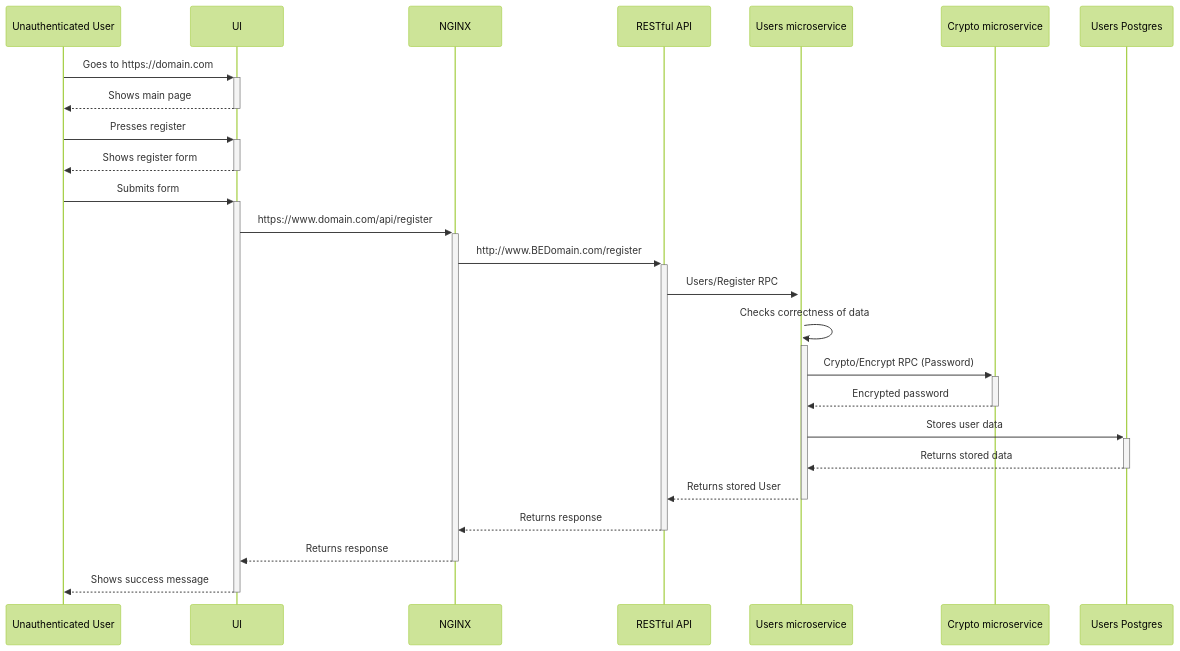
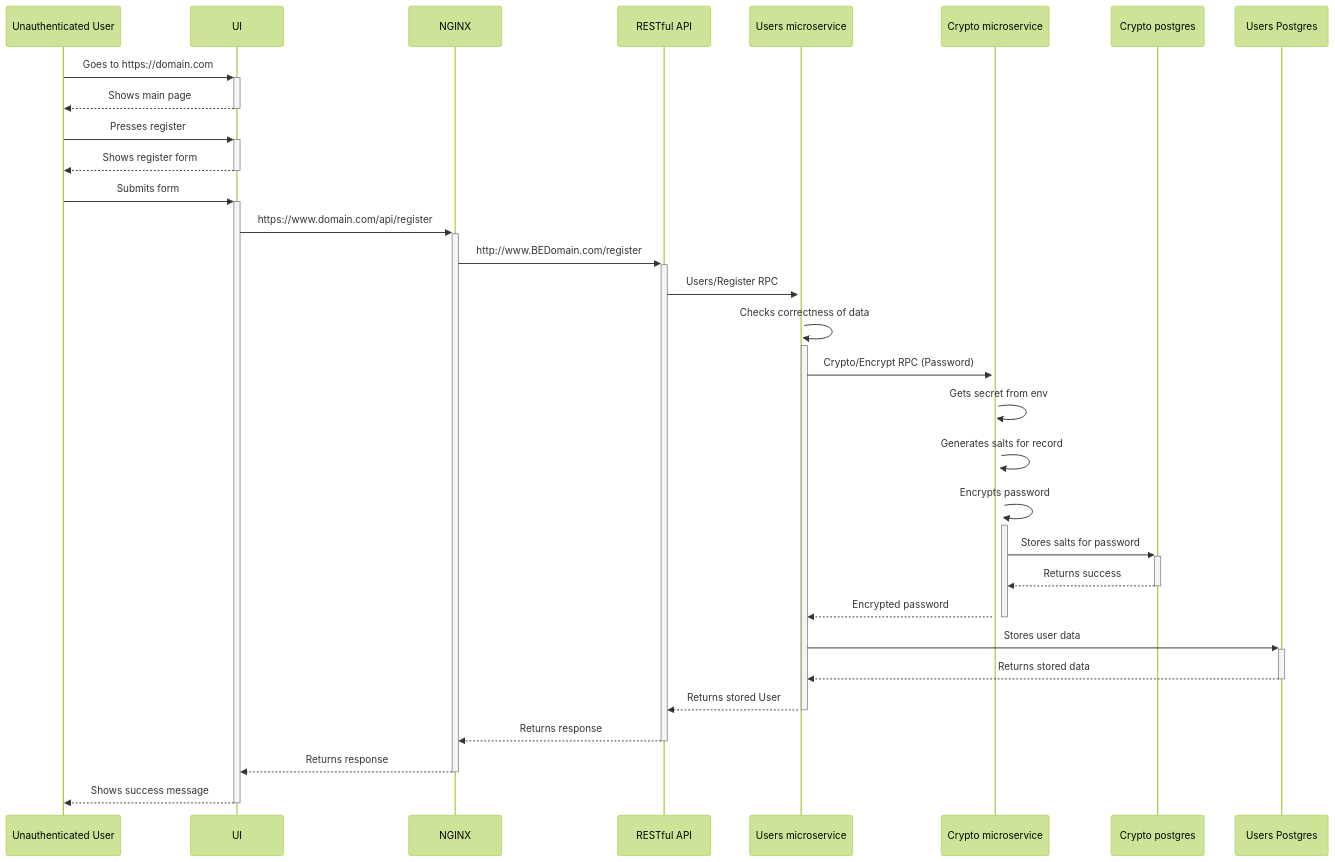
The diagram in docs/sequence_diagrams/Users/register.mmd (afaguilarr/go-example-webserver), drawn with Mermaid (forest theme) before and after one commit. The commit also changed 1 other file, not shown here.

Commit message:
Add Crypto postgres flows

```diff
--- a/docs/sequence_diagrams/Users/register.mmd
+++ b/docs/sequence_diagrams/Users/register.mmd
@@ -1,18 +1,23 @@
 sequenceDiagram
     Unauthenticated User->>+UI: Goes to https://domain.com
     UI-->>-Unauthenticated User: Shows main page
     Unauthenticated User->>+UI: Presses register
     UI-->>-Unauthenticated User: Shows register form
     Unauthenticated User->>+UI: Submits form
     UI->>+NGINX: https://www.domain.com/api/register
     NGINX->>+RESTful API: http://www.BEDomain.com/register
     RESTful API->>+Users microservice: Users/Register RPC
     Users microservice->>+Users microservice: Checks correctness of data
     Users microservice->>+Crypto microservice: Crypto/Encrypt RPC (Password)
+    Crypto microservice->>+Crypto microservice: Gets secret from env
+    Crypto microservice->>+Crypto microservice: Generates salts for record
+    Crypto microservice->>+Crypto microservice: Encrypts password
+    Crypto microservice->>+Crypto postgres: Stores salts for password
+    Crypto postgres-->>-Crypto microservice: Returns success
     Crypto microservice-->>-Users microservice: Encrypted password
     Users microservice->>+Users Postgres: Stores user data
     Users Postgres-->>-Users microservice: Returns stored data
     Users microservice-->>-RESTful API: Returns stored User
     RESTful API-->>-NGINX: Returns response
     NGINX-->>-UI: Returns response
     UI-->>-Unauthenticated User: Shows success message
```
